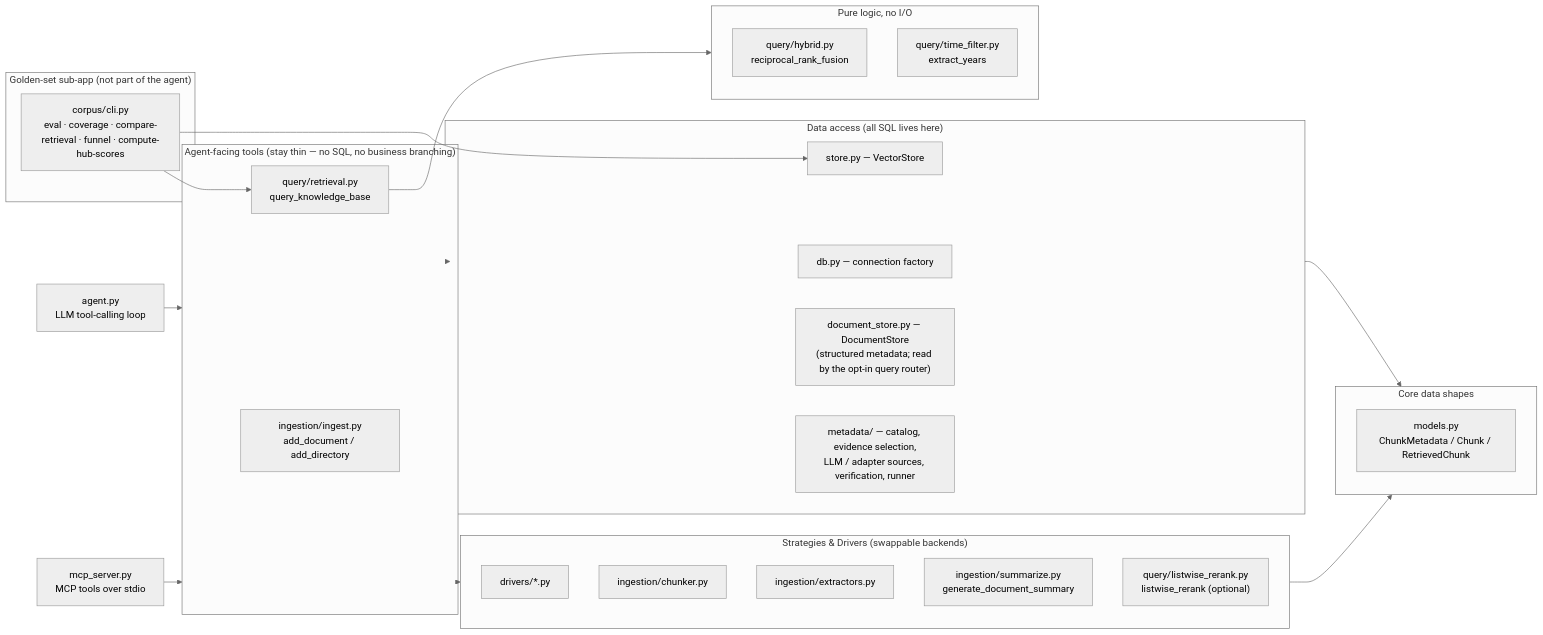
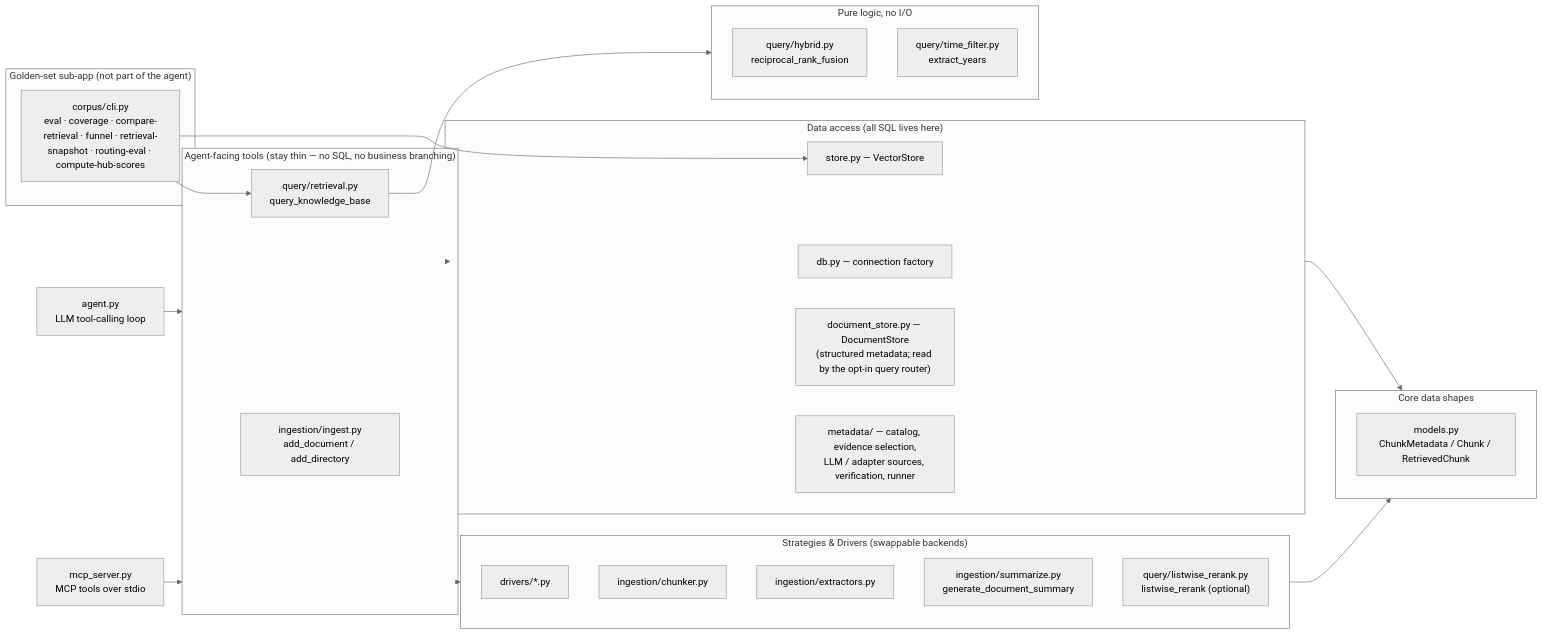
One commit to olythy/docs-agent changed the fourth of 4 diagrams in docs/architecture.md. Above: the diagram before and after it, drawn with Mermaid (neutral theme). The commit also changed other lines of this file and 5 other files, not shown here.

````diff
--- a/docs/architecture.md
+++ b/docs/architecture.md
@@ -139,41 +162,41 @@
 ```mermaid
 flowchart LR
     subgraph Orchestrators["Agent-facing tools (stay thin — no SQL, no business branching)"]
         ingest["ingestion/ingest.py<br/>add_document / add_directory"]
         retrieval["query/retrieval.py<br/>query_knowledge_base"]
     end
     subgraph Strategies["Strategies & Drivers (swappable backends)"]
         drivers["drivers/*.py"]
         chunker["ingestion/chunker.py"]
         extractors["ingestion/extractors.py"]
         summarize["ingestion/summarize.py<br/>generate_document_summary"]
         listwise["query/listwise_rerank.py<br/>listwise_rerank (optional)"]
     end
     subgraph DataAccess["Data access (all SQL lives here)"]
         db["db.py — connection factory"]
         store["store.py — VectorStore"]
         docstore["document_store.py — DocumentStore<br/>(structured metadata; read by the opt-in query router)"]
         metadata["metadata/ — catalog, evidence selection,<br/>LLM / adapter sources, verification, runner"]
     end
     subgraph Shapes["Core data shapes"]
         models["models.py<br/>ChunkMetadata / Chunk / RetrievedChunk"]
     end
     subgraph Fusion["Pure logic, no I/O"]
         hybrid["query/hybrid.py<br/>reciprocal_rank_fusion"]
         timefilter["query/time_filter.py<br/>extract_years"]
     end
     subgraph Measuring["Golden-set sub-app (not part of the agent)"]
-        corpus["corpus/cli.py<br/>eval · coverage · compare-retrieval · funnel · compute-hub-scores"]
+        corpus["corpus/cli.py<br/>eval · coverage · compare-retrieval · funnel · retrieval-snapshot · routing-eval · compute-hub-scores"]
     end
 
     Orchestrators --> Strategies
     Orchestrators --> DataAccess
     Strategies --> Shapes
     DataAccess --> Shapes
     retrieval --> Fusion
     corpus --> retrieval
     corpus --> store
 
     agent["agent.py<br/>LLM tool-calling loop"] --> Orchestrators
     mcp["mcp_server.py<br/>MCP tools over stdio"] --> Orchestrators
 ```
````
